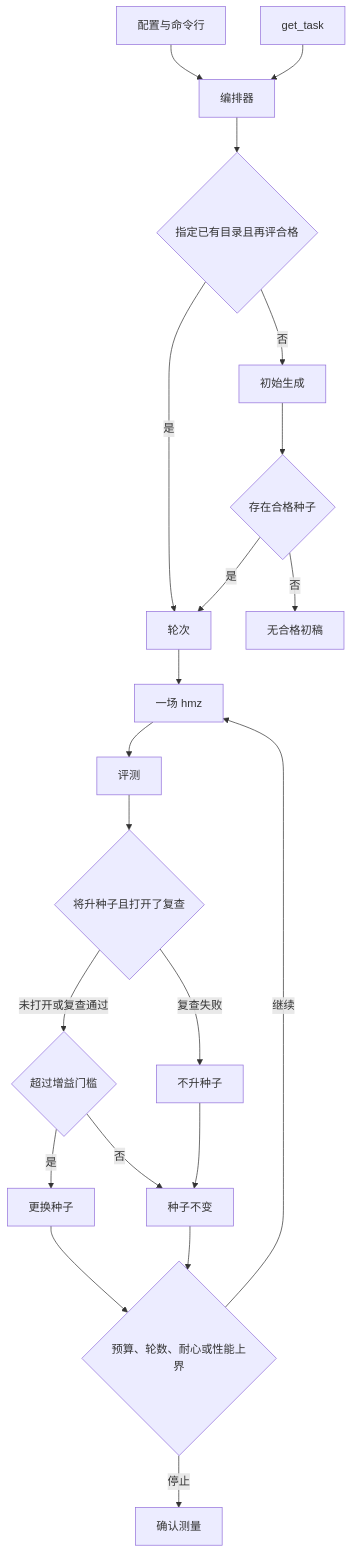
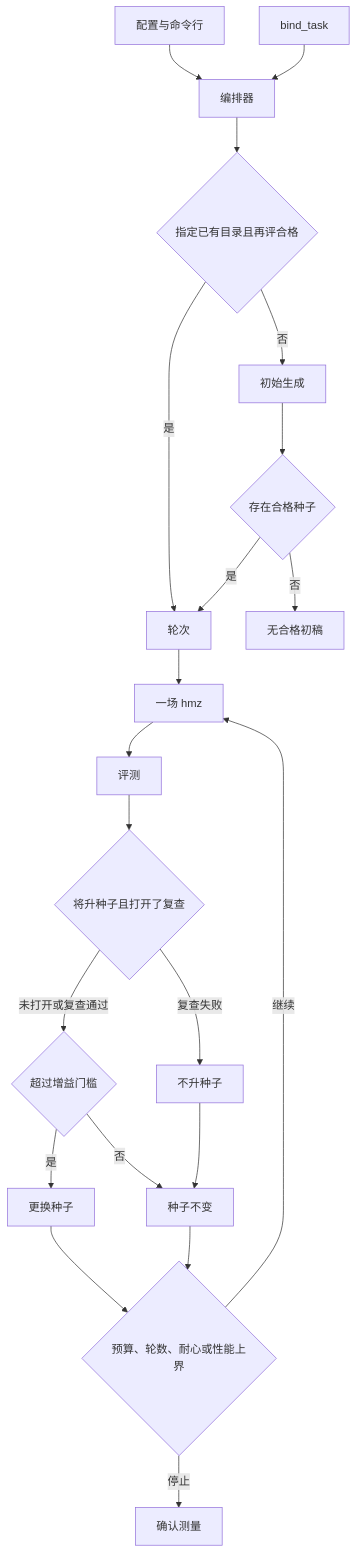
One commit to kuafuwang/ShapeForge changed the third of 3 diagrams in docs/架构说明.md. Above: the diagram before and after it, drawn with Mermaid. The commit also changed other lines of this file and 14 other files, not shown here.

````diff
--- a/docs/架构说明.md
+++ b/docs/架构说明.md
@@ -214,23 +214,23 @@
 ```mermaid
 flowchart TD
   cfg["配置与命令行"] --> orch["编排器"]
-  task["get_task"] --> orch
+  task["bind_task"] --> orch
   orch --> prior{"指定已有目录且再评合格"}
   prior -->|否| init["初始生成"]
   prior -->|是| rounds["轮次"]
   init --> gate{"存在合格种子"}
   gate -->|否| stop0["无合格初稿"]
   gate -->|是| rounds
   rounds --> session["一场 hmz"]
   session --> ev["评测"]
   ev --> recheck{"将升种子且打开了复查"}
   recheck -->|复查失败| keep0["不升种子"]
   recheck -->|未打开或复查通过| keep{"超过增益门槛"}
   keep -->|是| seed["更换种子"]
   keep -->|否| old["种子不变"]
   keep0 --> old
   seed --> stopq{"预算、轮数、耐心或性能上界"}
   old --> stopq
   stopq -->|继续| session
   stopq -->|停止| confirm["确认测量"]
 ```
````
